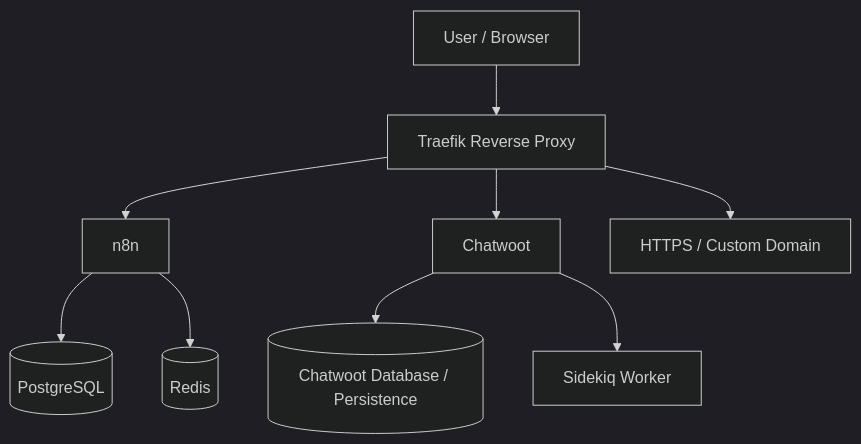
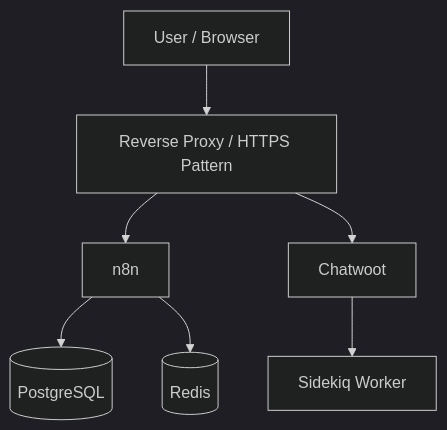
The diagram in 07-self-hosted-n8n-platform/README.md (Dudubynatur3/ai-automation-portfolio), drawn with Mermaid (dark theme) before and after one commit. The commit also changed other lines of this file, not shown here.

````diff
--- a/07-self-hosted-n8n-platform/README.md
+++ b/07-self-hosted-n8n-platform/README.md
@@ -15,11 +15,9 @@
 ```mermaid
 flowchart TD
-    U[User / Browser] --> T[Traefik Reverse Proxy]
+    U[User / Browser] --> T[Reverse Proxy / HTTPS Pattern]
     T --> N[n8n]
     N --> P[(PostgreSQL)]
     N --> R[(Redis)]
     T --> C[Chatwoot]
-    C --> P2[(Chatwoot Database / Persistence)]
     C --> S[Sidekiq Worker]
-    T --> H[HTTPS / Custom Domain]
 ```
````
